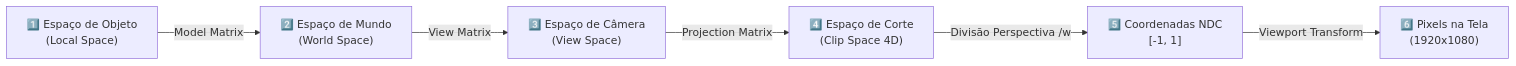
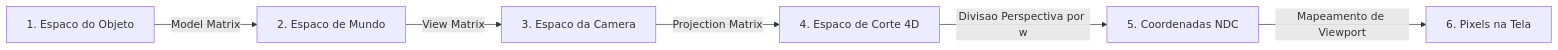
One commit to Gabriel-Freitas-S/CGPDI.StudyLab changed the diagram in docs/src/content/docs/cg3d/matematica-vetorial-e-mvp.md. Above: the diagram before and after it, drawn with Mermaid. The commit also changed other lines of this file and 35 other files, not shown here.

Commit message:
docs: aprimorar linguagem didatica e suporte nativo a diagramas Mermaid

````diff
--- a/docs/src/content/docs/cg3d/matematica-vetorial-e-mvp.md
+++ b/docs/src/content/docs/cg3d/matematica-vetorial-e-mvp.md
@@ -41,8 +23,8 @@
 ```mermaid
 graph LR
-    Local["1️⃣ Espaço de Objeto\n(Local Space)"] -->|Model Matrix| World["2️⃣ Espaço de Mundo\n(World Space)"]
-    World -->|View Matrix| Camera["3️⃣ Espaço de Câmera\n(View Space)"]
-    Camera -->|Projection Matrix| Clip["4️⃣ Espaço de Corte\n(Clip Space 4D)"]
-    Clip -->|Divisão Perspectiva /w| NDC["5️⃣ Coordenadas NDC\n[-1, 1]"]
-    NDC -->|Viewport Transform| Screen["6️⃣ Pixels na Tela\n(1920x1080)"]
+    Local[1. Espaco do Objeto] -->|Model Matrix| World[2. Espaco de Mundo]
+    World -->|View Matrix| Camera[3. Espaco da Camera]
+    Camera -->|Projection Matrix| Clip[4. Espaco de Corte 4D]
+    Clip -->|Divisao Perspectiva por w| NDC[5. Coordenadas NDC]
+    NDC -->|Mapeamento de Viewport| Screen[6. Pixels na Tela]
 ```
````
